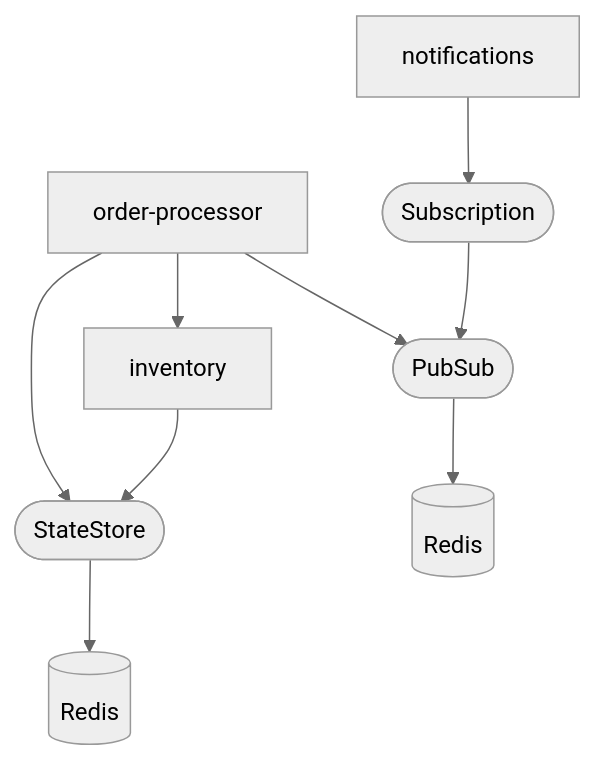
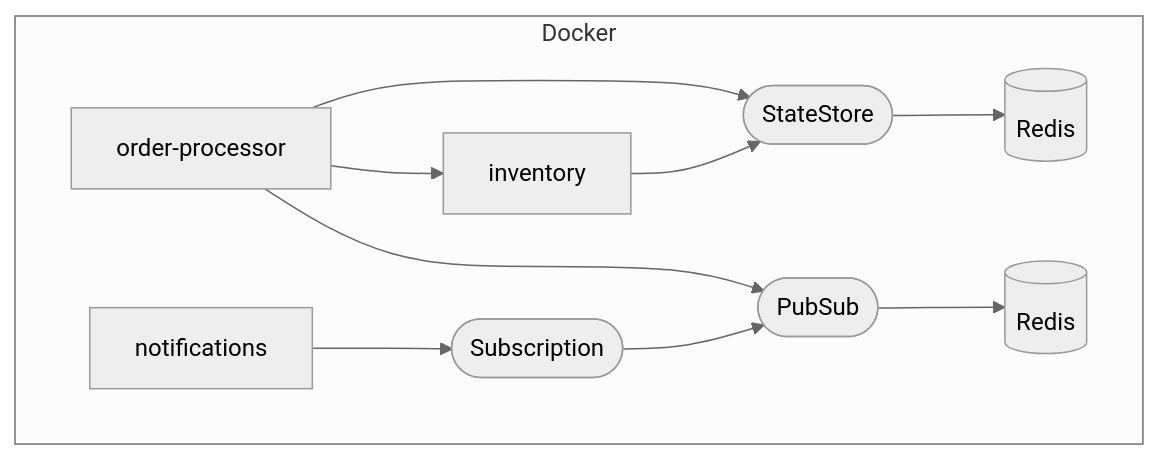
One commit to kendallroden/kubecon-dapr-score-demo changed the second of 3 diagrams in score-demo.md. Above: the diagram before and after it, drawn with Mermaid (neutral theme). The commit also changed other lines of this file, not shown here.

Commit message:
subgraph in mermaid

````diff
--- a/score-demo.md
+++ b/score-demo.md
@@ -14,8 +14,10 @@
 ```mermaid
 flowchart TD
-    inventory-->state-store([StateStore])-->redis-statestore[(Redis)]
-    notifications-->subscription([Subscription])-->pubsub([PubSub])
-    order-processor-->state-store
-    order-processor-->pubsub-->redis-pubsub[(Redis)]
-    order-processor-->inventory
+    subgraph Docker
+        inventory-->state-store([StateStore])-->redis-statestore[(Redis)]
+        notifications-->subscription([Subscription])-->pubsub([PubSub])
+        order-processor-->state-store
+        order-processor-->pubsub-->redis-pubsub[(Redis)]
+        order-processor-->inventory
+    end
 ```
````
